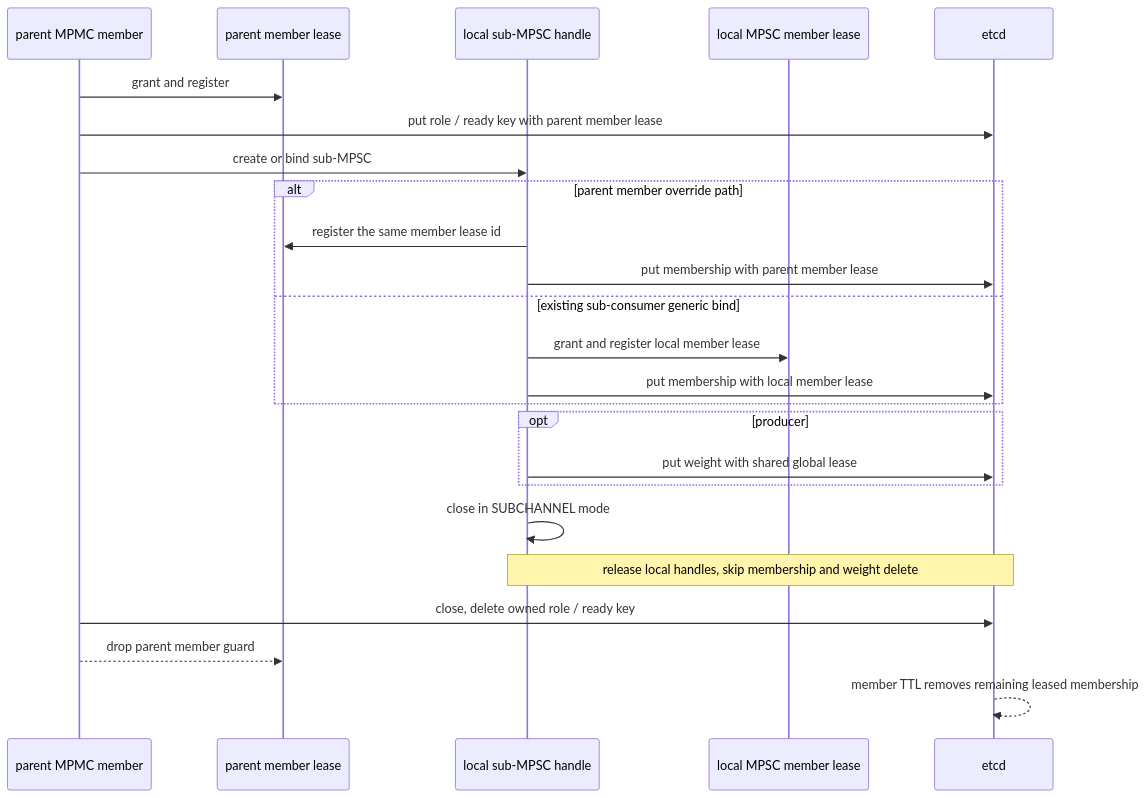
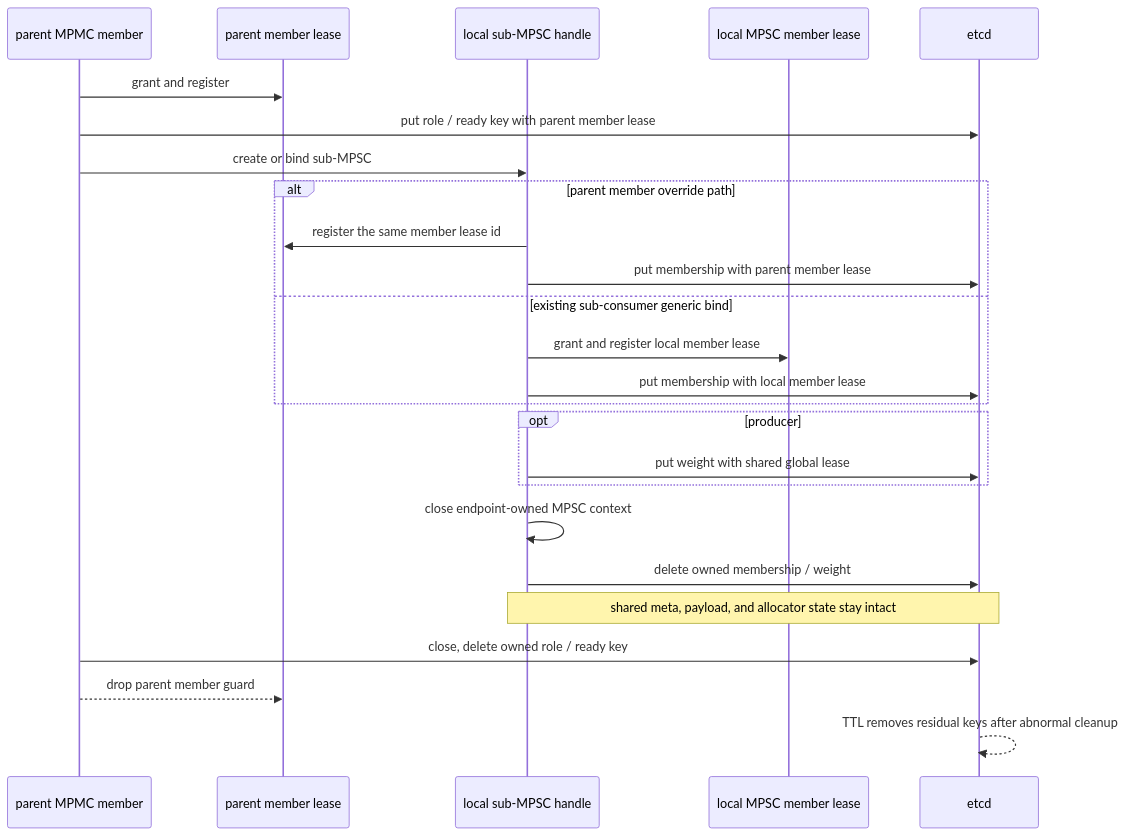
Before and after one commit to Tele-AI/Fluxon: the third of 9 diagrams in fluxon_doc_cn/design/mq_1_生命周期与租约设计.md, drawn with Mermaid. The commit also changed other lines of this file and 6 other files, not shown here.

````diff
--- a/fluxon_doc_cn/design/mq_1_生命周期与租约设计.md
+++ b/fluxon_doc_cn/design/mq_1_生命周期与租约设计.md
@@ -214,27 +214,28 @@
 ```mermaid
 sequenceDiagram
     participant P as parent MPMC member
     participant PM as parent member lease
     participant S as local sub-MPSC handle
     participant LM as local MPSC member lease
     participant E as etcd
 
     P->>PM: grant and register
     P->>E: put role / ready key with parent member lease
     P->>S: create or bind sub-MPSC
     alt parent member override path
         S->>PM: register the same member lease id
         S->>E: put membership with parent member lease
     else existing sub-consumer generic bind
         S->>LM: grant and register local member lease
         S->>E: put membership with local member lease
     end
     opt producer
         S->>E: put weight with shared global lease
     end
-    S->>S: close in SUBCHANNEL mode
-    Note over S,E: release local handles, skip membership and weight delete
+    S->>S: close endpoint-owned MPSC context
+    S->>E: delete owned membership / weight
+    Note over S,E: shared meta, payload, and allocator state stay intact
     P->>E: close, delete owned role / ready key
     P-->>PM: drop parent member guard
-    E-->>E: member TTL removes remaining leased membership
+    E-->>E: TTL removes residual keys after abnormal cleanup
 ```
````
